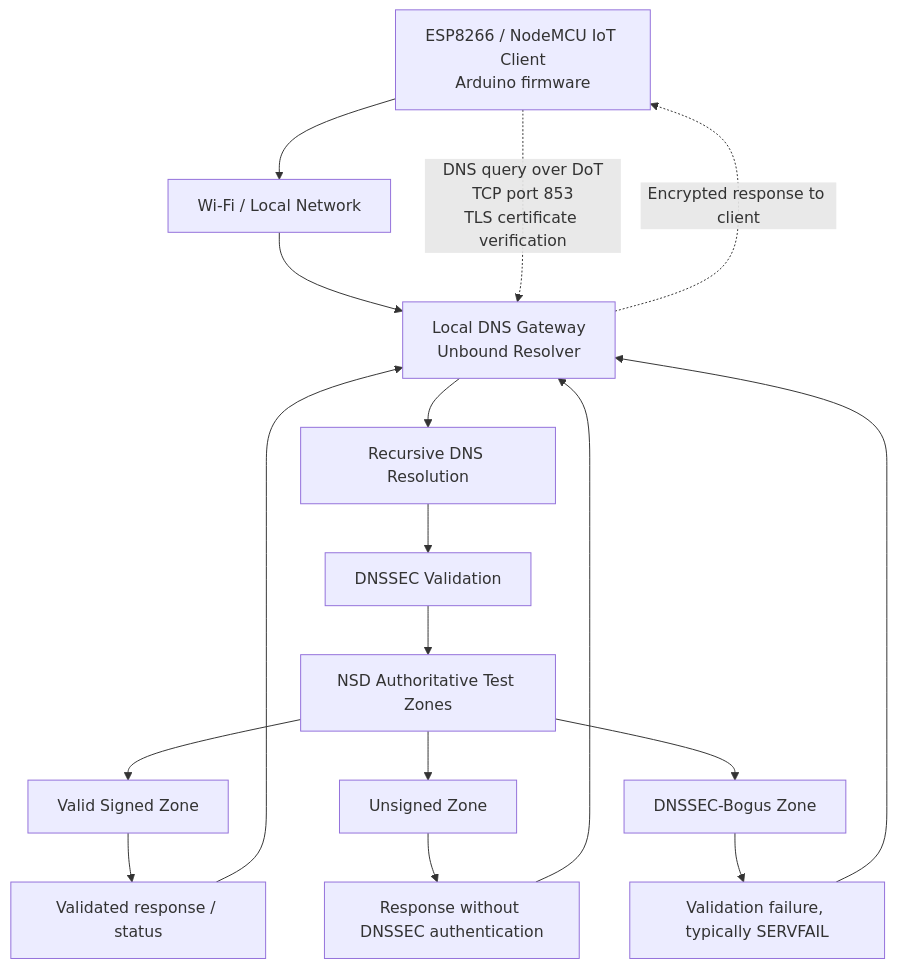
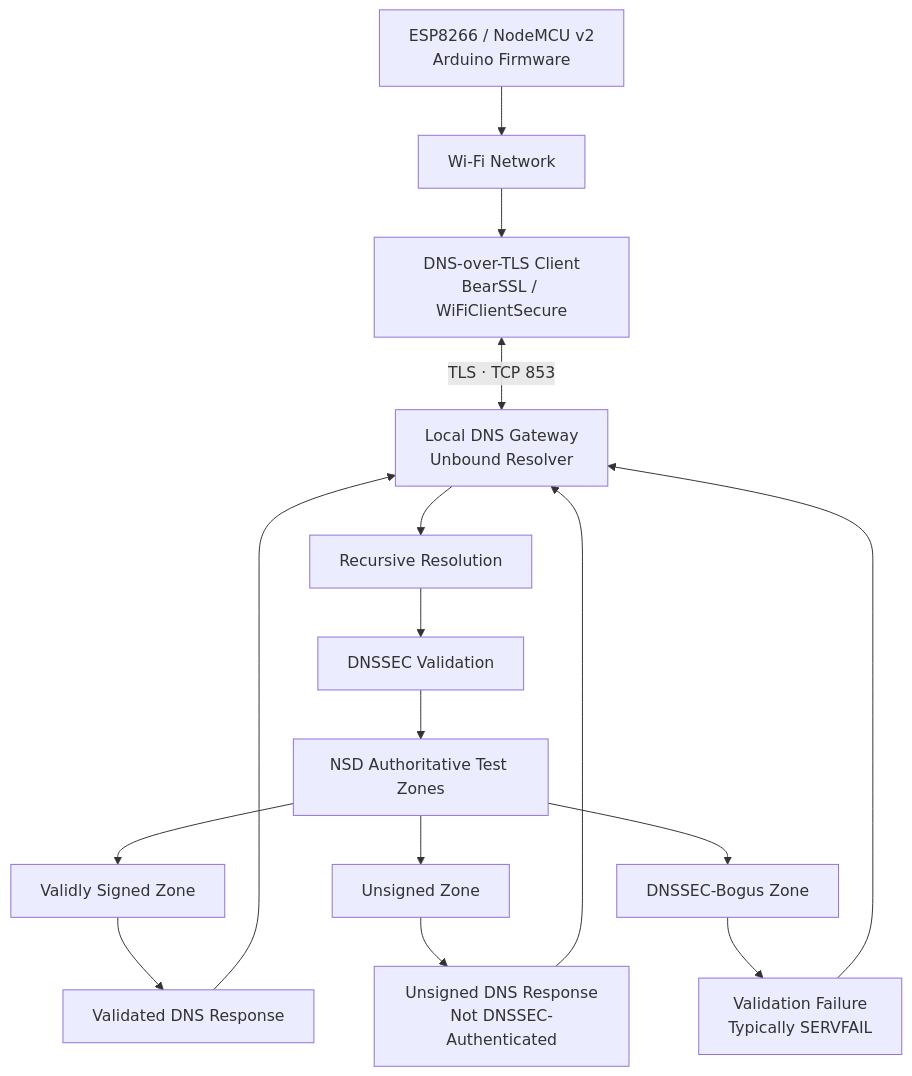
The diagram in README.md (aiori-hackathon/A3-PS004-TC200), drawn with Mermaid before and after one commit. The commit also changed other lines of this file, not shown here.

````diff
--- a/README.md
+++ b/README.md
@@ -57,19 +128,32 @@
 ```mermaid
 flowchart TD
-    A["ESP8266 / NodeMCU IoT Client<br/>Arduino firmware"] --> B["Wi-Fi / Local Network"]
-    B --> C["Local DNS Gateway<br/>Unbound Resolver"]
-    A -. "DNS query over DoT<br/>TCP port 853<br/>TLS certificate verification" .-> C
-    C --> D["Recursive DNS Resolution"]
-    D --> E["DNSSEC Validation"]
-    E --> F["NSD Authoritative Test Zones"]
-    F --> G["Valid Signed Zone"]
-    F --> H["Unsigned Zone"]
-    F --> I["DNSSEC-Bogus Zone"]
-    G --> J["Validated response / status"]
-    H --> K["Response without DNSSEC authentication"]
-    I --> L["Validation failure, typically SERVFAIL"]
-    J --> C
-    K --> C
-    L --> C
-    C -. "Encrypted response to client" .-> A
+    A["ESP8266 / NodeMCU v2<br/>Arduino Firmware"]
+    B["Wi-Fi Network"]
+    C["DNS-over-TLS Client<br/>BearSSL / WiFiClientSecure"]
+    D["Local DNS Gateway<br/>Unbound Resolver"]
+    E["Recursive Resolution"]
+    F["DNSSEC Validation"]
+    G["NSD Authoritative Test Zones"]
+    H["Validly Signed Zone"]
+    I["Unsigned Zone"]
+    J["DNSSEC-Bogus Zone"]
+    K["Validated DNS Response"]
+    L["Unsigned DNS Response<br/>Not DNSSEC-Authenticated"]
+    M["Validation Failure<br/>Typically SERVFAIL"]
+
+    A --> B
+    B --> C
+    C <-->|"TLS · TCP 853"| D
+    D --> E
+    E --> F
+    F --> G
+    G --> H
+    G --> I
+    G --> J
+    H --> K
+    I --> L
+    J --> M
+    K --> D
+    L --> D
+    M --> D
 ```
````
